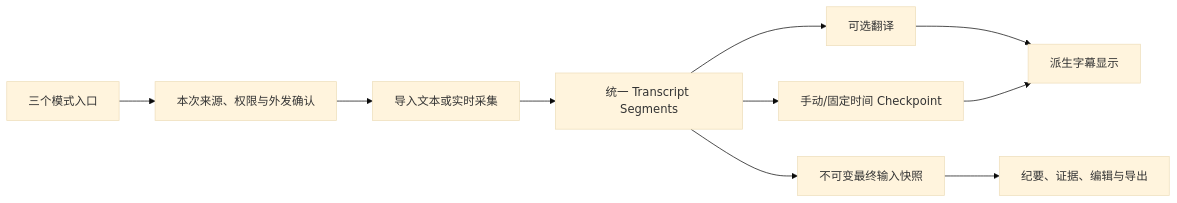
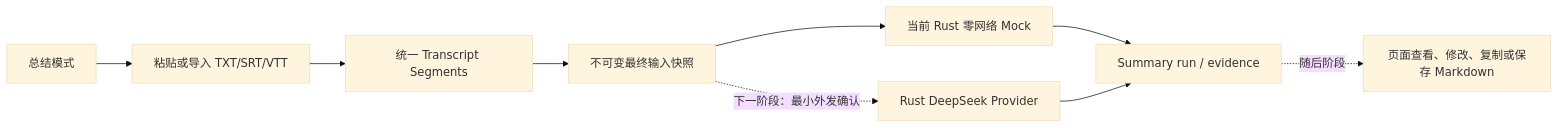
One commit to Gray-8a/MeetingLens changed the second of 7 diagrams in ARCHITECTURE.md. Above: the diagram before and after it, drawn with Mermaid (base theme). The commit also changed other lines of this file and 10 other files, not shown here.

Commit message:
docs: rebaseline personal edition roadmap (#23)

````diff
--- a/ARCHITECTURE.md
+++ b/ARCHITECTURE.md
@@ -29,12 +29,11 @@
 ```mermaid
 flowchart LR
-    HOME["三个模式入口"] --> CONSENT["本次来源、权限与外发确认"]
-    CONSENT --> SOURCE["导入文本或实时采集"]
+    HOME["总结模式"] --> SOURCE["粘贴或导入 TXT/SRT/VTT"]
     SOURCE --> SEGMENTS["统一 Transcript Segments"]
-    SEGMENTS --> TRANS["可选翻译"]
-    SEGMENTS --> CHECKPOINT["手动/固定时间 Checkpoint"]
     SEGMENTS --> SNAPSHOT["不可变最终输入快照"]
-    TRANS --> DISPLAY["派生字幕显示"]
-    CHECKPOINT --> DISPLAY
-    SNAPSHOT --> MINUTES["纪要、证据、编辑与导出"]
+    SNAPSHOT --> MOCK["当前 Rust 零网络 Mock"]
+    SNAPSHOT -. "下一阶段：最小外发确认" .-> DEEPSEEK["Rust DeepSeek Provider"]
+    MOCK --> RUN["Summary run / evidence"]
+    DEEPSEEK --> RUN
+    RUN -. "随后阶段" .-> MINUTES["页面查看、修改、复制或保存 Markdown"]
 ```
````
